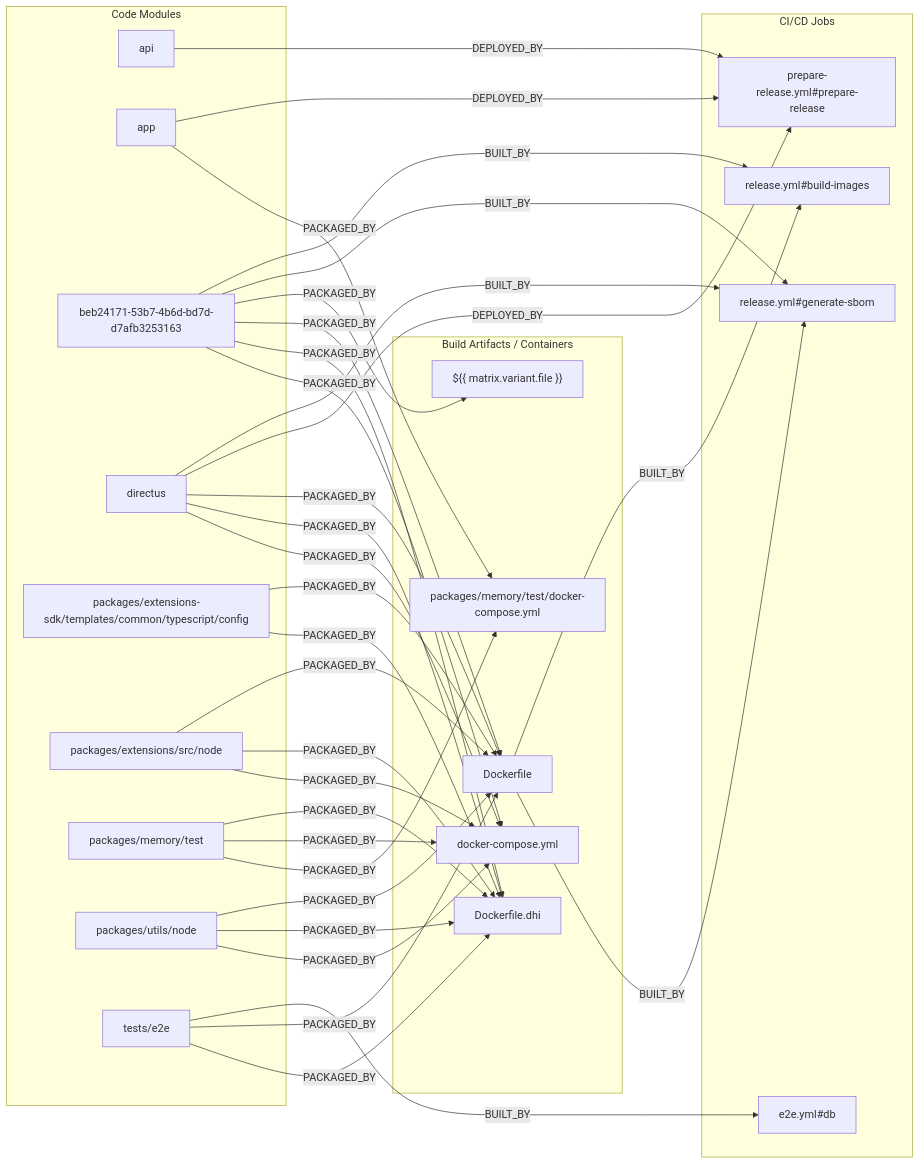
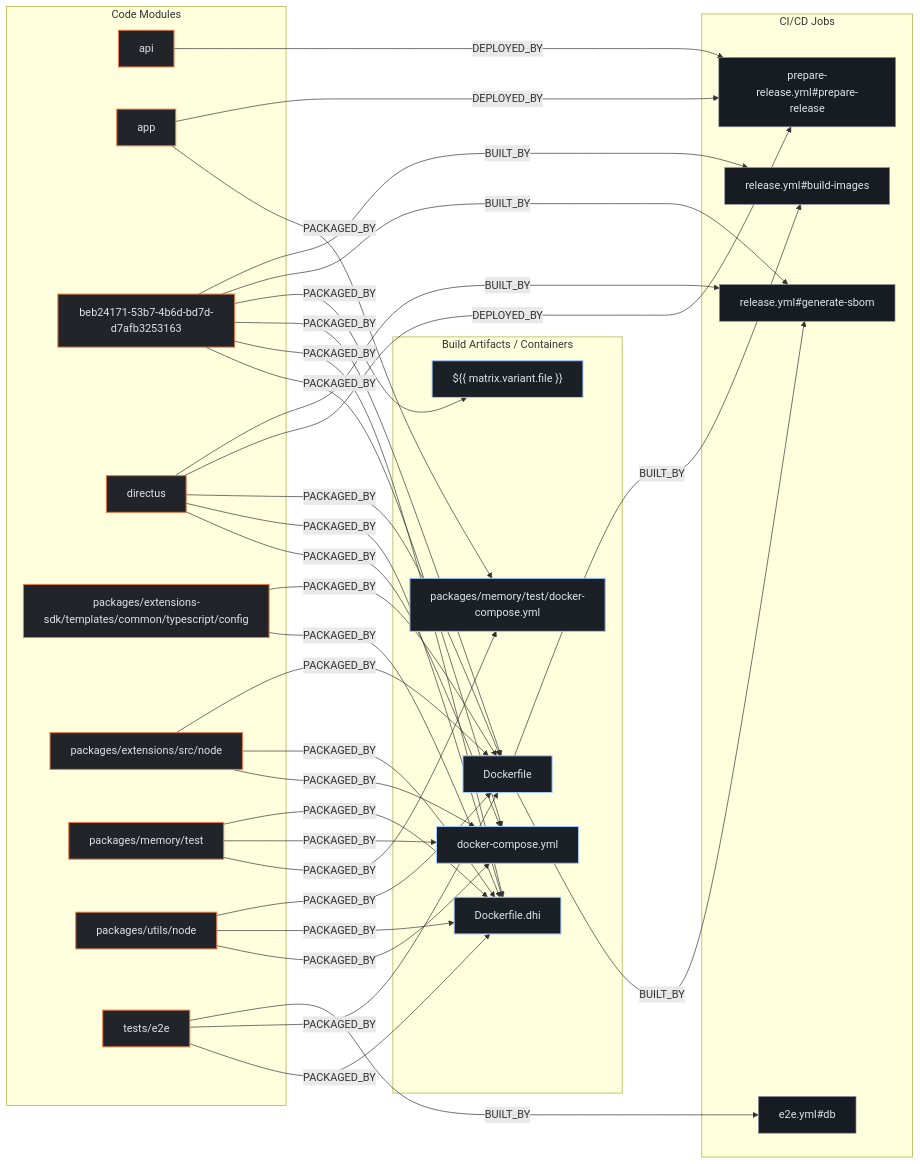
One commit to kumarshaz/atruss-code-atlas changed the second of 3 diagrams in exports/latest/reports/directus-directus-report.md. Above: the diagram before and after it, drawn with Mermaid. The commit also changed other lines of this file and 331 other files, not shown here.

Commit message:
docs,ui,fix: update SDLC docs, reorder CI/CD DAG first, stylize Mermaid, and fix Arc42 pipeline topology

````diff
--- a/exports/latest/reports/directus-directus-report.md
+++ b/exports/latest/reports/directus-directus-report.md
@@ -245,57 +252,61 @@
 ```mermaid
 flowchart LR
+    classDef atlasCategory fill:#212428,stroke:#E87A48,stroke-width:1.5px,color:#dfe3eb
+    classDef atlasWorkflow fill:#1b2026,stroke:#a3c9ff,stroke-width:1.5px,color:#dfe3eb
+    classDef atlasJob fill:#171c22,stroke:#8d9199,stroke-width:1px,color:#dfe3eb
+    classDef atlasTarget fill:#005227,stroke:#8bd99b,stroke-width:1.5px,color:#a7f6b6
     subgraph code_modules["Code Modules"]
-        mod_api["api"]
-        mod_app["app"]
-        mod_beb24171_53b7_4b6d_bd7d_d7afb3253163["beb24171-53b7-4b6d-bd7d-d7afb3253163"]
-        mod_directus["directus"]
-        mod_packages_extensions_sdk_templates_common_typescript_config["packages/extensions-sdk/templates/common/typescript/config"]
-        mod_packages_extensions_src_node["packages/extensions/src/node"]
-        mod_packages_memory_test["packages/memory/test"]
-        mod_packages_utils_node["packages/utils/node"]
-        mod_tests_e2e["tests/e2e"]
+        mod_api["api"]:::atlasCategory
+        mod_app["app"]:::atlasCategory
+        mod_beb24171_53b7_4b6d_bd7d_d7afb3253163["beb24171-53b7-4b6d-bd7d-d7afb3253163"]:::atlasCategory
+        mod_directus["directus"]:::atlasCategory
+        mod_packages_extensions_sdk_templates_common_typescript_config["packages/extensions-sdk/templates/common/typescript/config"]:::atlasCategory
+        mod_packages_extensions_src_node["packages/extensions/src/node"]:::atlasCategory
+        mod_packages_memory_test["packages/memory/test"]:::atlasCategory
+        mod_packages_utils_node["packages/utils/node"]:::atlasCategory
+        mod_tests_e2e["tests/e2e"]:::atlasCategory
     end
     subgraph build_artifacts["Build Artifacts / Containers"]
-        art_____matrix_variant_file___["${{ matrix.variant.file }}"]
-        art_Dockerfile["Dockerfile"]
-        art_Dockerfile_dhi["Dockerfile.dhi"]
-        art_docker_compose_yml["docker-compose.yml"]
-        art_packages_memory_test_docker_compose_yml["packages/memory/test/docker-compose.yml"]
+        art_____matrix_variant_file___["${{ matrix.variant.file }}"]:::atlasWorkflow
+        art_Dockerfile["Dockerfile"]:::atlasWorkflow
+        art_Dockerfile_dhi["Dockerfile.dhi"]:::atlasWorkflow
+        art_docker_compose_yml["docker-compose.yml"]:::atlasWorkflow
+        art_packages_memory_test_docker_compose_yml["packages/memory/test/docker-compose.yml"]:::atlasWorkflow
     end
     subgraph ci_jobs["CI/CD Jobs"]
-        job_e2e_yml_db["e2e.yml#db"]
-        job_prepare_release_yml_prepare_release["prepare-release.yml#prepare-release"]
-        job_release_yml_build_images["release.yml#build-images"]
-        job_release_yml_generate_sbom["release.yml#generate-sbom"]
+        job_e2e_yml_db["e2e.yml#db"]:::atlasJob
+        job_prepare_release_yml_prepare_release["prepare-release.yml#prepare-release"]:::atlasJob
+        job_release_yml_build_images["release.yml#build-images"]:::atlasJob
+        job_release_yml_generate_sbom["release.yml#generate-sbom"]:::atlasJob
     end
     mod_api -->|DEPLOYED_BY| job_prepare_release_yml_prepare_release
     mod_app -->|DEPLOYED_BY| job_prepare_release_yml_prepare_release
     mod_app -->|PACKAGED_BY| art_packages_memory_test_docker_compose_yml
     mod_beb24171_53b7_4b6d_bd7d_d7afb3253163 -->|BUILT_BY| job_release_yml_build_images
     mod_beb24171_53b7_4b6d_bd7d_d7afb3253163 -->|BUILT_BY| job_release_yml_generate_sbom
     mod_beb24171_53b7_4b6d_bd7d_d7afb3253163 -->|PACKAGED_BY| art_____matrix_variant_file___
     mod_beb24171_53b7_4b6d_bd7d_d7afb3253163 -->|PACKAGED_BY| art_Dockerfile
     mod_beb24171_53b7_4b6d_bd7d_d7afb3253163 -->|PACKAGED_BY| art_Dockerfile_dhi
     mod_beb24171_53b7_4b6d_bd7d_d7afb3253163 -->|PACKAGED_BY| art_docker_compose_yml
     mod_directus -->|BUILT_BY| job_release_yml_generate_sbom
     mod_directus -->|DEPLOYED_BY| job_prepare_release_yml_prepare_release
     mod_directus -->|PACKAGED_BY| art_Dockerfile
     mod_directus -->|PACKAGED_BY| art_Dockerfile_dhi
     mod_directus -->|PACKAGED_BY| art_docker_compose_yml
     mod_packages_extensions_sdk_templates_common_typescript_config -->|PACKAGED_BY| art_Dockerfile
     mod_packages_extensions_sdk_templates_common_typescript_config -->|PACKAGED_BY| art_Dockerfile_dhi
     mod_packages_extensions_src_node -->|PACKAGED_BY| art_Dockerfile
     mod_packages_extensions_src_node -->|PACKAGED_BY| art_Dockerfile_dhi
     mod_packages_extensions_src_node -->|PACKAGED_BY| art_docker_compose_yml
     mod_packages_memory_test -->|PACKAGED_BY| art_Dockerfile_dhi
     mod_packages_memory_test -->|PACKAGED_BY| art_docker_compose_yml
     mod_packages_memory_test -->|PACKAGED_BY| art_packages_memory_test_docker_compose_yml
     mod_packages_utils_node -->|PACKAGED_BY| art_Dockerfile
     mod_packages_utils_node -->|PACKAGED_BY| art_Dockerfile_dhi
     mod_packages_utils_node -->|PACKAGED_BY| art_docker_compose_yml
     mod_tests_e2e -->|BUILT_BY| job_e2e_yml_db
     mod_tests_e2e -->|PACKAGED_BY| art_Dockerfile
     mod_tests_e2e -->|PACKAGED_BY| art_Dockerfile_dhi
     art_Dockerfile -->|BUILT_BY| job_release_yml_build_images
     art_Dockerfile -->|BUILT_BY| job_release_yml_generate_sbom
 ```
````
